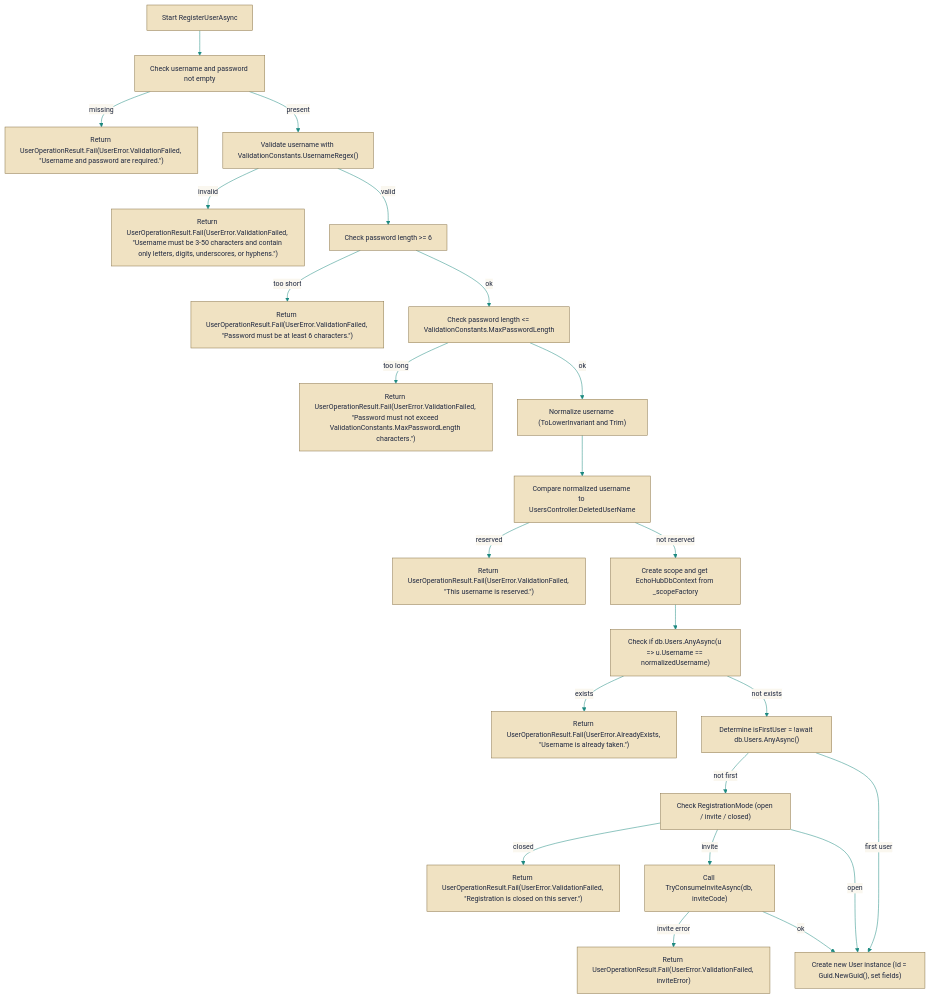
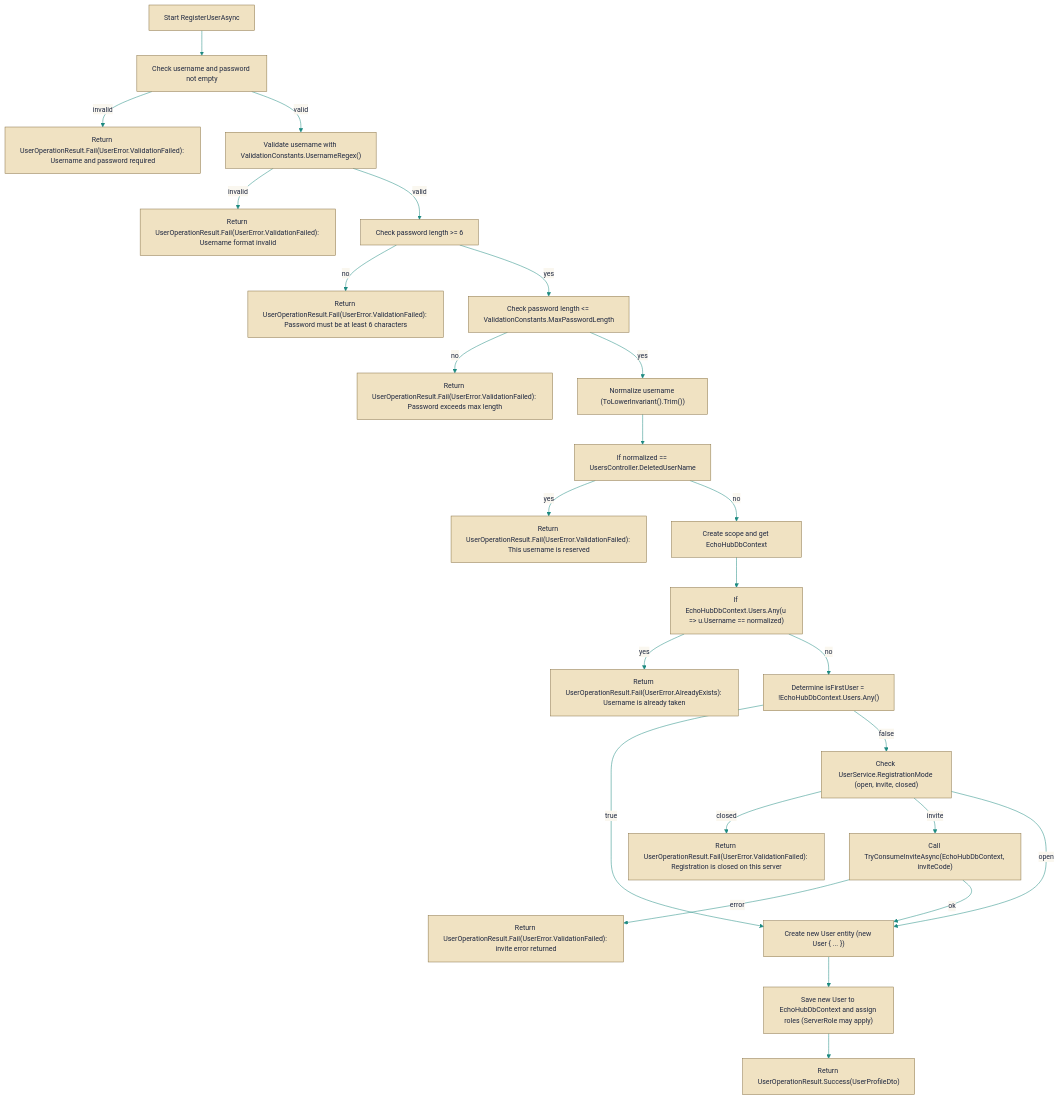
One commit to HueByte/EchoHub changed the diagram in docs/auriondocs/Code/src/EchoHub.Server/Services/UserService.cs.md. Above: the diagram before and after it, drawn with Mermaid. The commit also changed other lines of this file and 143 other files, not shown here.

````diff
--- a/docs/auriondocs/Code/src/EchoHub.Server/Services/UserService.cs.md
+++ b/docs/auriondocs/Code/src/EchoHub.Server/Services/UserService.cs.md
@@ -8,66 +8,29 @@
 ```mermaid
 %%{init: {'theme':'base','themeVariables':{'background':'#faf7ef','primaryColor':'#f0e2c2','primaryTextColor':'#1f2840','primaryBorderColor':'#8a7548','secondaryColor':'#d9efec','secondaryBorderColor':'#1d8a80','secondaryTextColor':'#1f2840','tertiaryColor':'#f2ebd8','tertiaryBorderColor':'#8a7548','tertiaryTextColor':'#1f2840','lineColor':'#1d8a80','titleColor':'#1f2840','fontSize':'14px','edgeLabelBackground':'#faf7ef','clusterBkg':'#f2ebd8','clusterBorder':'#8a7548','actorBkg':'#f0e2c2','actorBorder':'#8a7548','actorTextColor':'#1f2840','actorLineColor':'#8a7548','signalColor':'#1d8a80','signalTextColor':'#1f2840','activationBkgColor':'#d9efec','activationBorderColor':'#1d8a80','noteBkgColor':'#f2ebd8','noteBorderColor':'#8a7548','noteTextColor':'#1f2840','labelBoxBkgColor':'#f0e2c2','labelBoxBorderColor':'#8a7548','labelTextColor':'#1f2840','transitionColor':'#1d8a80','transitionLabelColor':'#1f2840','stateLabelColor':'#1f2840','altBackground':'#f2ebd8'}}}%%
 flowchart TB
-Start["Start RegisterUserAsync"]
-Start --> CheckEmpty
-CheckEmpty["Check username and password not empty"]
-CheckEmpty -->|"missing"| FailMissing
-CheckEmpty -->|"present"| CheckUsernameRegex
-
-FailMissing["Return UserOperationResult.Fail(UserError.ValidationFailed, #quot;Username and password are required.#quot;)"]
-
-CheckUsernameRegex["Validate username with ValidationConstants.UsernameRegex()"]
-CheckUsernameRegex -->|"invalid"| FailUsernameRegex
-CheckUsernameRegex -->|"valid"| CheckPwdMin
-
-FailUsernameRegex["Return UserOperationResult.Fail(UserError.ValidationFailed, #quot;Username must be 3-50 characters and contain only letters, digits, underscores, or hyphens.#quot;)"]
-
-CheckPwdMin["Check password length >= 6"]
-CheckPwdMin -->|"too short"| FailPwdShort
-CheckPwdMin -->|"ok"| CheckPwdMax
-
-FailPwdShort["Return UserOperationResult.Fail(UserError.ValidationFailed, #quot;Password must be at least 6 characters.#quot;)"]
-
-CheckPwdMax["Check password length <= ValidationConstants.MaxPasswordLength"]
-CheckPwdMax -->|"too long"| FailPwdLong
-CheckPwdMax -->|"ok"| Normalize
-
-FailPwdLong["Return UserOperationResult.Fail(UserError.ValidationFailed, #quot;Password must not exceed ValidationConstants.MaxPasswordLength characters.#quot;)"]
-
-Normalize["Normalize username (ToLowerInvariant and Trim)"]
-Normalize --> CheckReserved
-
-CheckReserved["Compare normalized username to UsersController.DeletedUserName"]
-CheckReserved -->|"reserved"| FailReserved
-CheckReserved -->|"not reserved"| CreateScope
-
-FailReserved["Return UserOperationResult.Fail(UserError.ValidationFailed, #quot;This username is reserved.#quot;)"]
-
-CreateScope["Create scope and get EchoHubDbContext from _scopeFactory"]
-CreateScope --> CheckExists
-
-CheckExists["Check if db.Users.AnyAsync(u => u.Username == normalizedUsername)"]
-CheckExists -->|"exists"| FailAlreadyExists
-CheckExists -->|"not exists"| CheckIsFirstUser
-
-FailAlreadyExists["Return UserOperationResult.Fail(UserError.AlreadyExists, #quot;Username is already taken.#quot;)"]
-
-CheckIsFirstUser["Determine isFirstUser = !await db.Users.AnyAsync()"]
-CheckIsFirstUser -->|"first user"| CreateUser
-CheckIsFirstUser -->|"not first"| RegistrationGate
-
-RegistrationGate["Check RegistrationMode (open / invite / closed)"]
-RegistrationGate -->|"closed"| FailRegistrationClosed
-RegistrationGate -->|"invite"| TryInvite
-RegistrationGate -->|"open"| CreateUser
-
-FailRegistrationClosed["Return UserOperationResult.Fail(UserError.ValidationFailed, #quot;Registration is closed on this server.#quot;)"]
-
-TryInvite["Call TryConsumeInviteAsync(db, inviteCode)"]
-TryInvite -->|"invite error"| FailInviteError
-TryInvite -->|"ok"| CreateUser
-
-FailInviteError["Return UserOperationResult.Fail(UserError.ValidationFailed, inviteError)"]
-
-CreateUser["Create new User instance (Id = Guid.NewGuid(), set fields)"]
+start["Start RegisterUserAsync"]
+start --> checkEmpty["Check username and password not empty"]
+checkEmpty -->|"invalid"| emptyFail["Return UserOperationResult.Fail(UserError.ValidationFailed): Username and password required"]
+checkEmpty -->|"valid"| regexCheck["Validate username with ValidationConstants.UsernameRegex()"]
+regexCheck -->|"invalid"| regexFail["Return UserOperationResult.Fail(UserError.ValidationFailed): Username format invalid"]
+regexCheck -->|"valid"| pwMinCheck["Check password length >= 6"]
+pwMinCheck -->|"no"| pwMinFail["Return UserOperationResult.Fail(UserError.ValidationFailed): Password must be at least 6 characters"]
+pwMinCheck -->|"yes"| pwMaxCheck["Check password length <= ValidationConstants.MaxPasswordLength"]
+pwMaxCheck -->|"no"| pwMaxFail["Return UserOperationResult.Fail(UserError.ValidationFailed): Password exceeds max length"]
+pwMaxCheck -->|"yes"| normalize["Normalize username (ToLowerInvariant().Trim())"]
+normalize --> reservedCheck["If normalized == UsersController.DeletedUserName"]
+reservedCheck -->|"yes"| reservedFail["Return UserOperationResult.Fail(UserError.ValidationFailed): This username is reserved"]
+reservedCheck -->|"no"| dbScope["Create scope and get EchoHubDbContext"]
+dbScope --> existsCheck["If EchoHubDbContext.Users.Any(u => u.Username == normalized)"]
+existsCheck -->|"yes"| existsFail["Return UserOperationResult.Fail(UserError.AlreadyExists): Username is already taken"]
+existsCheck -->|"no"| isFirstCheck["Determine isFirstUser = !EchoHubDbContext.Users.Any()"]
+isFirstCheck -->|"true"| createUser["Create new User entity (new User { ... })"]
+isFirstCheck -->|"false"| regMode["Check UserService.RegistrationMode (open, invite, closed)"]
+regMode -->|"closed"| closedFail["Return UserOperationResult.Fail(UserError.ValidationFailed): Registration is closed on this server"]
+regMode -->|"invite"| inviteTry["Call TryConsumeInviteAsync(EchoHubDbContext, inviteCode)"]
+inviteTry -->|"error"| inviteFail["Return UserOperationResult.Fail(UserError.ValidationFailed): invite error returned"]
+inviteTry -->|"ok"| createUser
+regMode -->|"open"| createUser
+createUser --> save["Save new User to EchoHubDbContext and assign roles (ServerRole may apply)"]
+save --> success["Return UserOperationResult.Success(UserProfileDto)"]
 ```
````
